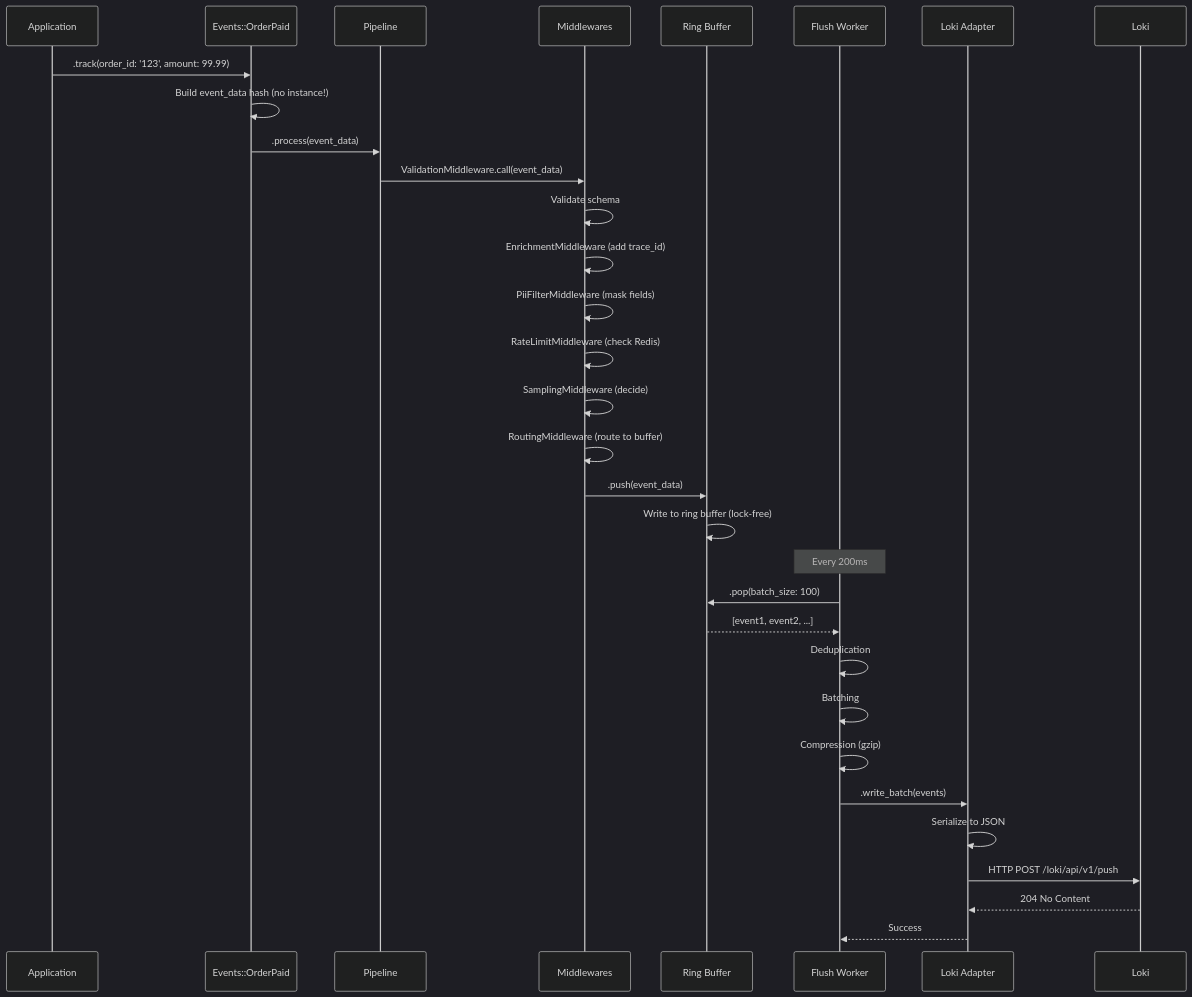
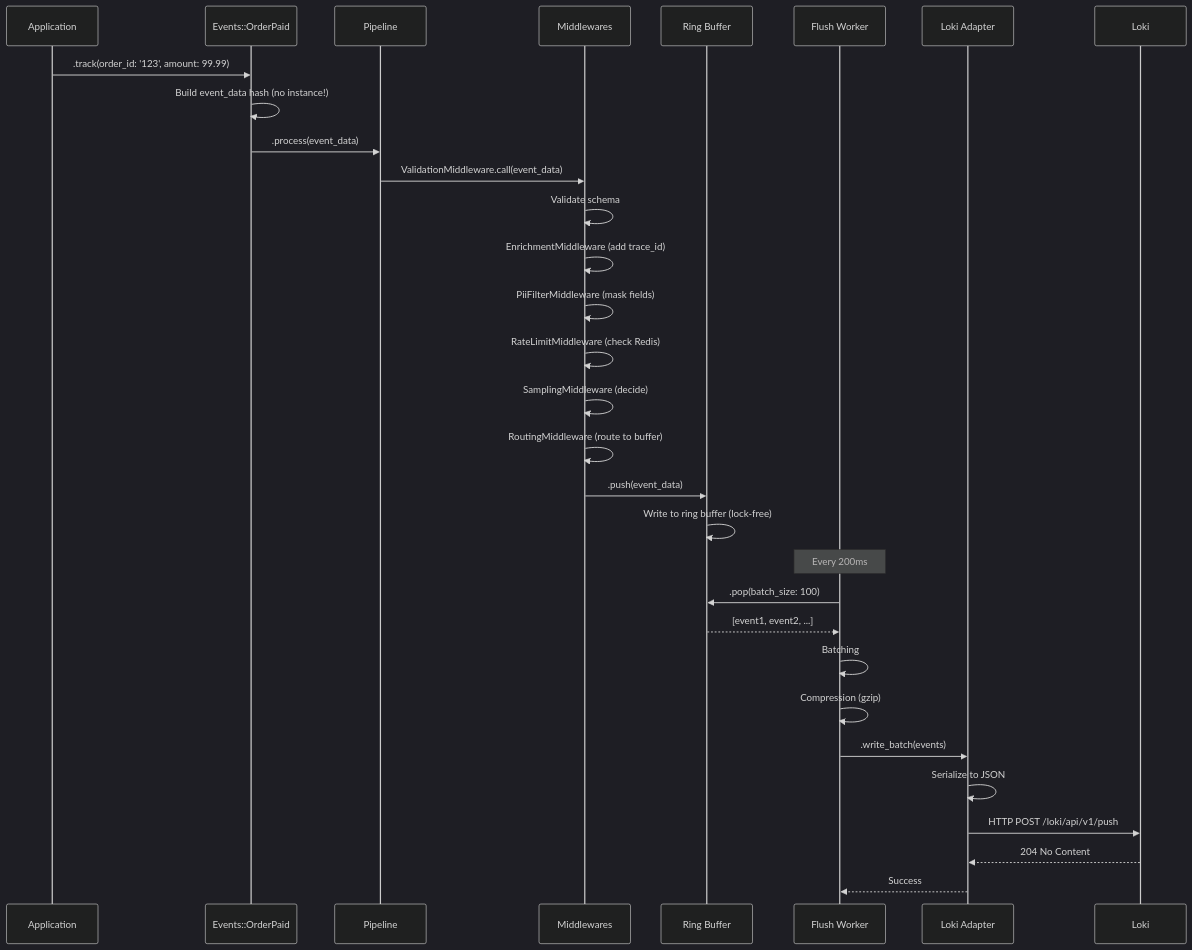
The fourth of 14 diagrams in docs/ADR-001-architecture.md (arturseletskiy/e11y), drawn with Mermaid (dark theme) before and after one commit. The commit also changed other lines of this file and 13 other files, not shown here.

````diff
--- a/docs/ADR-001-architecture.md
+++ b/docs/ADR-001-architecture.md
@@ -181,40 +181,39 @@
 ```mermaid
 sequenceDiagram
     participant App as Application
     participant Event as Events::OrderPaid
     participant Pipeline as Pipeline
     participant Middleware as Middlewares
     participant Buffer as Ring Buffer
     participant Worker as Flush Worker
     participant Adapter as Loki Adapter
     participant Loki as Loki
 
     App->>Event: .track(order_id: '123', amount: 99.99)
     Event->>Event: Build event_data hash (no instance!)
     Event->>Pipeline: .process(event_data)
     
     Pipeline->>Middleware: ValidationMiddleware.call(event_data)
     Middleware->>Middleware: Validate schema
     Middleware->>Middleware: EnrichmentMiddleware (add trace_id)
     Middleware->>Middleware: PiiFilterMiddleware (mask fields)
     Middleware->>Middleware: RateLimitMiddleware (check Redis)
     Middleware->>Middleware: SamplingMiddleware (decide)
     Middleware->>Middleware: RoutingMiddleware (route to buffer)
     
     Middleware->>Buffer: .push(event_data)
     Buffer->>Buffer: Write to ring buffer (lock-free)
     
     Note over Worker: Every 200ms
     Worker->>Buffer: .pop(batch_size: 100)
     Buffer-->>Worker: [event1, event2, ...]
     
-    Worker->>Worker: Deduplication
     Worker->>Worker: Batching
     Worker->>Worker: Compression (gzip)
     
     Worker->>Adapter: .write_batch(events)
     Adapter->>Adapter: Serialize to JSON
     Adapter->>Loki: HTTP POST /loki/api/v1/push
     Loki-->>Adapter: 204 No Content
     Adapter-->>Worker: Success
 ```
````
